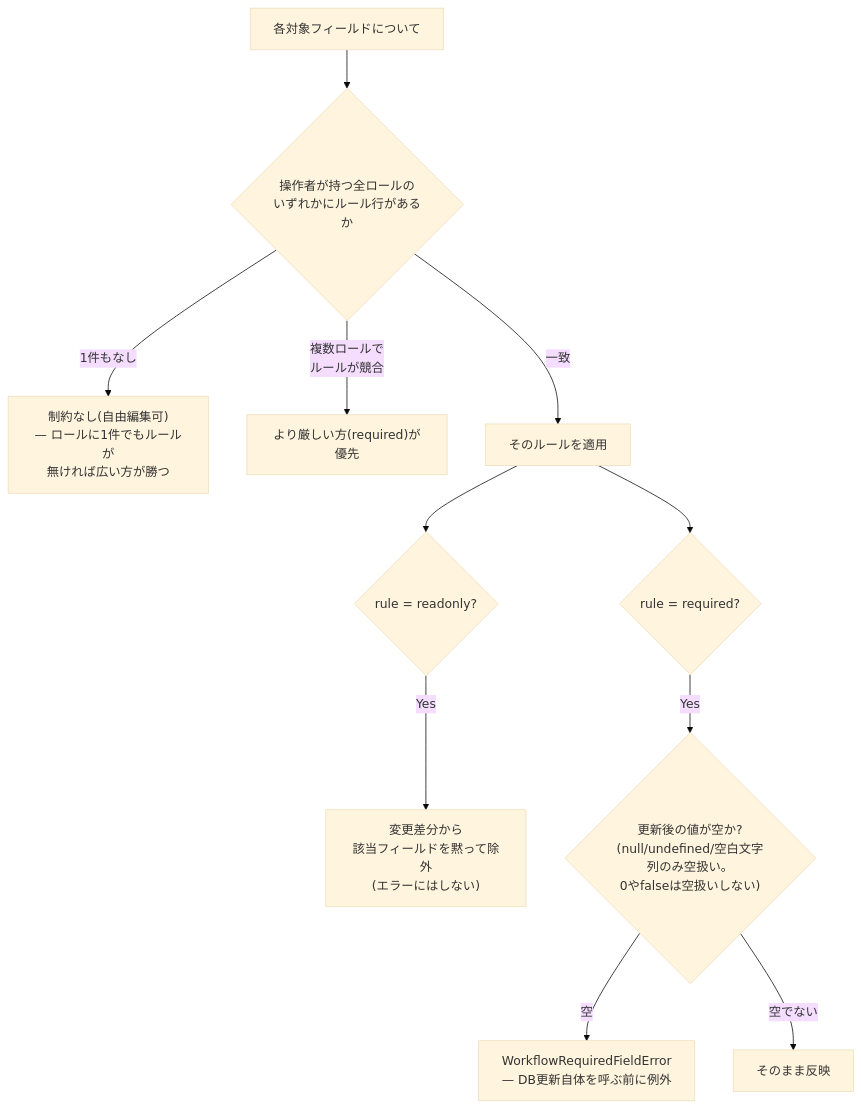
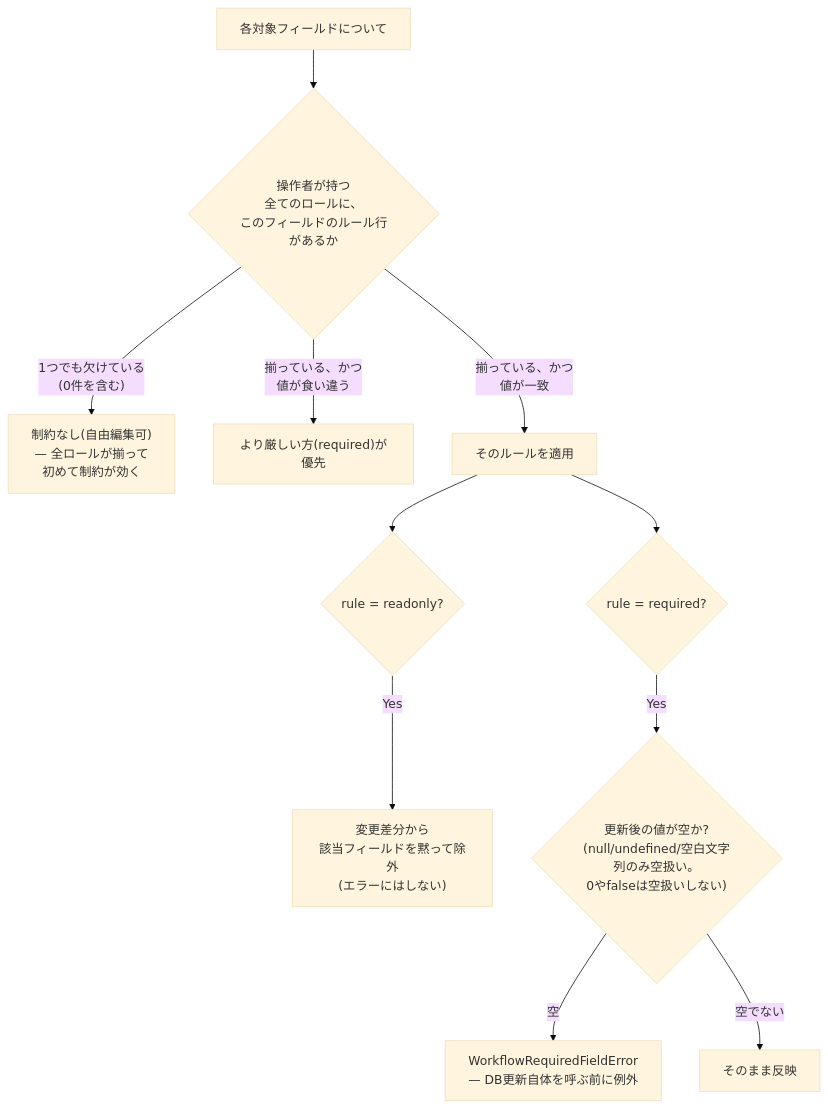
The second of 3 diagrams in docs/design/issue-workflow.md (ip-san/next-pm), drawn with Mermaid (base theme) before and after one commit. The commit also changed other lines of this file and 4 other files, not shown here.

First line of the commit message:
Fix review findings in architecture docs

````diff
--- a/docs/design/issue-workflow.md
+++ b/docs/design/issue-workflow.md
@@ -24,13 +24,13 @@
 ```mermaid
 flowchart TD
-    Field["各対象フィールドについて"] --> HasRule{"操作者が持つ全ロールの<br/>いずれかにルール行があるか"}
-    HasRule -->|"1件もなし"| Free["制約なし(自由編集可)<br/>— ロールに1件でもルールが<br/>無ければ広い方が勝つ"]
-    HasRule -->|"複数ロールで<br/>ルールが競合"| Stricter["より厳しい方(required)が優先"]
-    HasRule -->|"一致"| Apply["そのルールを適用"]
+    Field["各対象フィールドについて"] --> AllHaveRule{"操作者が持つ<br/>全てのロールに、<br/>このフィールドのルール行があるか"}
+    AllHaveRule -->|"1つでも欠けている<br/>(0件を含む)"| Free["制約なし(自由編集可)<br/>— 全ロールが揃って<br/>初めて制約が効く"]
+    AllHaveRule -->|"揃っている、かつ<br/>値が食い違う"| Stricter["より厳しい方(required)が優先"]
+    AllHaveRule -->|"揃っている、かつ<br/>値が一致"| Apply["そのルールを適用"]
     Apply --> Readonly{"rule = readonly?"}
     Readonly -->|Yes| Strip["変更差分から<br/>該当フィールドを黙って除外<br/>(エラーにはしない)"]
     Apply --> Required{"rule = required?"}
     Required -->|Yes| Blank{"更新後の値が空か?<br/>(null/undefined/空白文字列のみ空扱い。<br/>0やfalseは空扱いしない)"}
     Blank -->|"空"| Throw["WorkflowRequiredFieldError<br/>— DB更新自体を呼ぶ前に例外"]
     Blank -->|"空でない"| OK["そのまま反映"]
 ```
````
